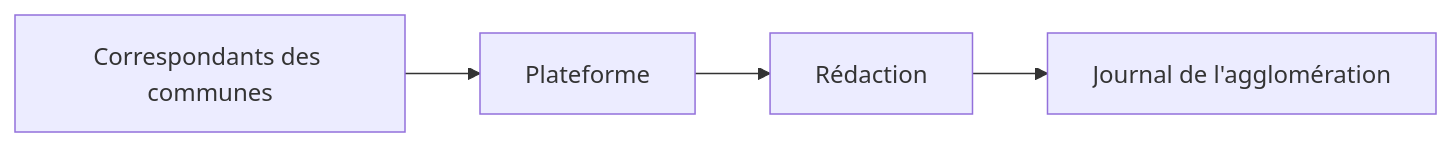
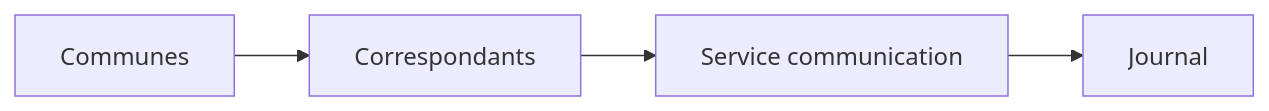
Before and after one commit to Marc-MOSCA-42-Lyon-Auvergne-Rhone-Alpes/peer-video: the first of 3 diagrams in slides.md, drawn with Mermaid. The commit also changed other lines of this file, not shown here.

````diff
--- a/slides.md
+++ b/slides.md
@@ -75,10 +41,10 @@
 ```mermaid
 flowchart LR
 
-A[Correspondants des communes]
---> B[Plateforme]
+A[Communes]
+--> B[Correspondants]
 
-B --> C[Rédaction]
+B --> C[Service communication]
 
-C --> D[Journal de l'agglomération]
+C --> D[Journal]
 ```
````
